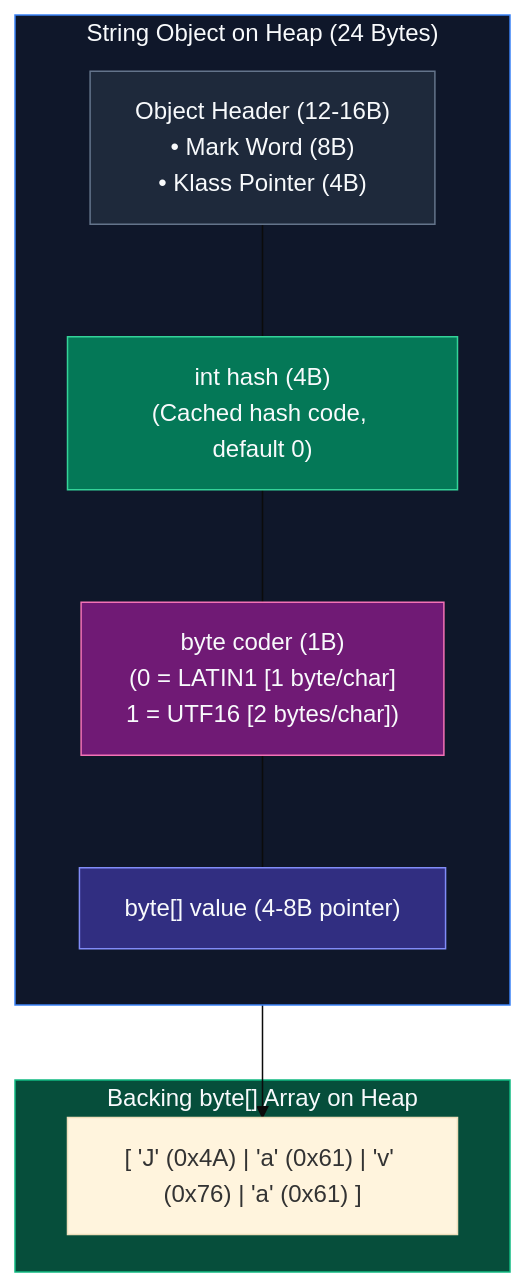
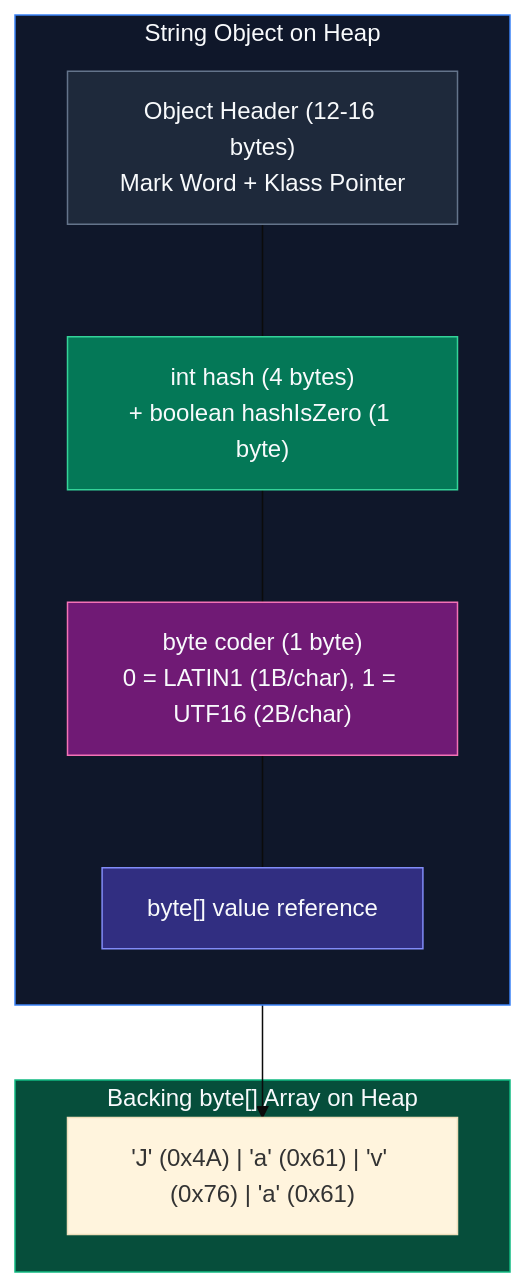
The first of 2 diagrams in content/roadmap/level-2/the-string-constant-pool-stringbuilders.md (ravishankar2463/java_hub), drawn with Mermaid (base theme) before and after one commit. The commit also changed other lines of this file and 119 other files, not shown here.

Commit message:
feat: add comprehensive java learning roadmap content across multiple levels

````diff
--- a/content/roadmap/level-2/the-string-constant-pool-stringbuilders.md
+++ b/content/roadmap/level-2/the-string-constant-pool-stringbuilders.md
@@ -26,24 +39,24 @@
 ```mermaid
 flowchart TD
-    subgraph StringObject ["String Object on Heap (24 Bytes)"]
+    subgraph StringObject ["String Object on Heap"]
         direction TB
-        Header["Object Header (12-16B)<br/>• Mark Word (8B)<br/>• Klass Pointer (4B)"]
-        Hash["int hash (4B)<br/>(Cached hash code, default 0)"]
-        Coder["byte coder (1B)<br/>(0 = LATIN1 [1 byte/char]<br/>1 = UTF16 [2 bytes/char])"]
-        ValueRef["byte[] value (4-8B pointer)"]
+        Header["Object Header (12-16 bytes)<br/>Mark Word + Klass Pointer"]
+        Hash["int hash (4 bytes)<br/>+ boolean hashIsZero (1 byte)"]
+        Coder["byte coder (1 byte)<br/>0 = LATIN1 (1B/char), 1 = UTF16 (2B/char)"]
+        ValueRef["byte[] value reference"]
         Header --- Hash --- Coder --- ValueRef
     end
 
     subgraph ByteArray ["Backing byte[] Array on Heap"]
-        Bytes["[ 'J' (0x4A) | 'a' (0x61) | 'v' (0x76) | 'a' (0x61) ]"]
+        Bytes["'J' (0x4A) | 'a' (0x61) | 'v' (0x76) | 'a' (0x61)"]
     end
 
     ValueRef --> Bytes
 
     style StringObject fill:#0f172a,stroke:#3b82f6,color:#f8fafc
     style Header fill:#1e293b,stroke:#64748b,color:#f8fafc
     style Hash fill:#047857,stroke:#34d399,color:#f8fafc
     style Coder fill:#701a75,stroke:#f472b6,color:#f8fafc
     style ValueRef fill:#312e81,stroke:#818cf8,color:#f8fafc
     style ByteArray fill:#064e3b,stroke:#10b981,color:#f8fafc
 ```
````
